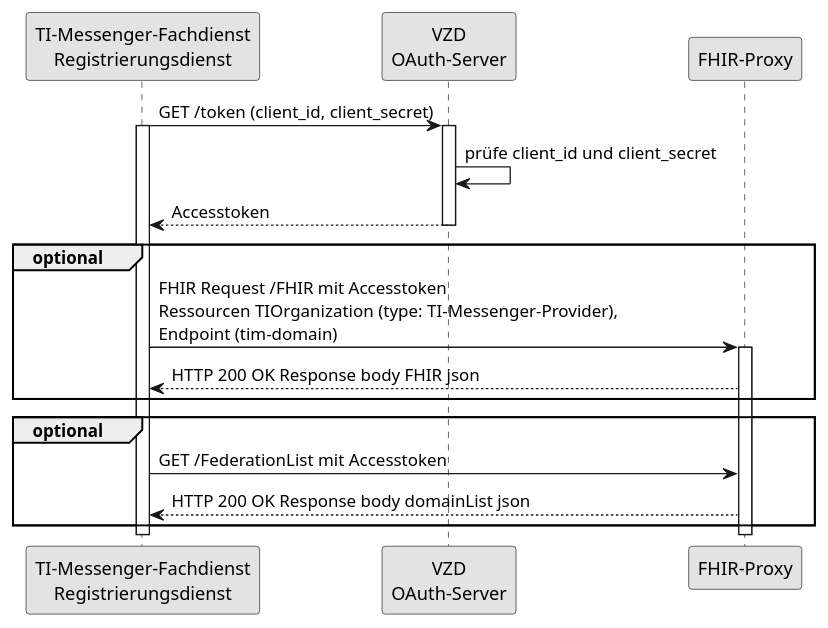
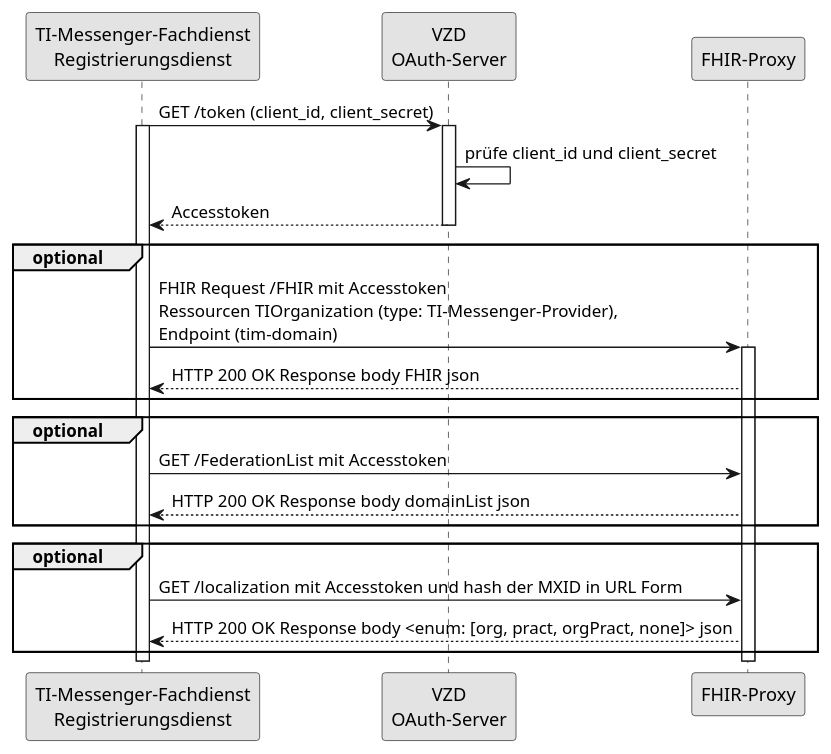
Before and after one commit to gematik/api-vzd: the diagram in src/plantuml/SequenceDiagram.FHIR-Directory.tim_provider_services.puml, drawn with PlantUML. The commit also changed 1 other file, not shown here.

```diff
--- a/src/plantuml/SequenceDiagram.FHIR-Directory.tim_provider_services.puml
+++ b/src/plantuml/SequenceDiagram.FHIR-Directory.tim_provider_services.puml
@@ -1,28 +1,32 @@
-@startuml
+@startuml I_VZD_TIM_Provider_Services
 skinparam dpi 100
 skinparam WrapWidth 200
 skinparam monochrome true
 
 participant rd as "TI-Messenger-Fachdienst\nRegistrierungsdienst"
 participant oa as "VZD\nOAuth-Server"
 participant fp as "FHIR-Proxy"
 
 rd -> oa: GET /token (client_id, client_secret)
 activate rd
 activate oa
 oa -> oa: prüfe client_id und client_secret
 oa --> rd: Accesstoken
 deactivate oa
 group optional
 rd -> fp: FHIR Request /FHIR mit Accesstoken\nRessourcen TIOrganization (type: TI-Messenger-Provider),\nEndpoint (tim-domain)
 activate fp
 fp --> rd: HTTP 200 OK Response body FHIR json
 end
 group optional
 rd -> fp: GET /FederationList mit Accesstoken
 fp --> rd: HTTP 200 OK Response body domainList json
 end
+group optional
+rd -> fp: GET /localization mit Accesstoken und hash der MXID in URL Form
+fp --> rd: HTTP 200 OK Response body <enum: [org, pract, orgPract, none]> json
+end
 
 deactivate fp
 deactivate rd
 @enduml
```
